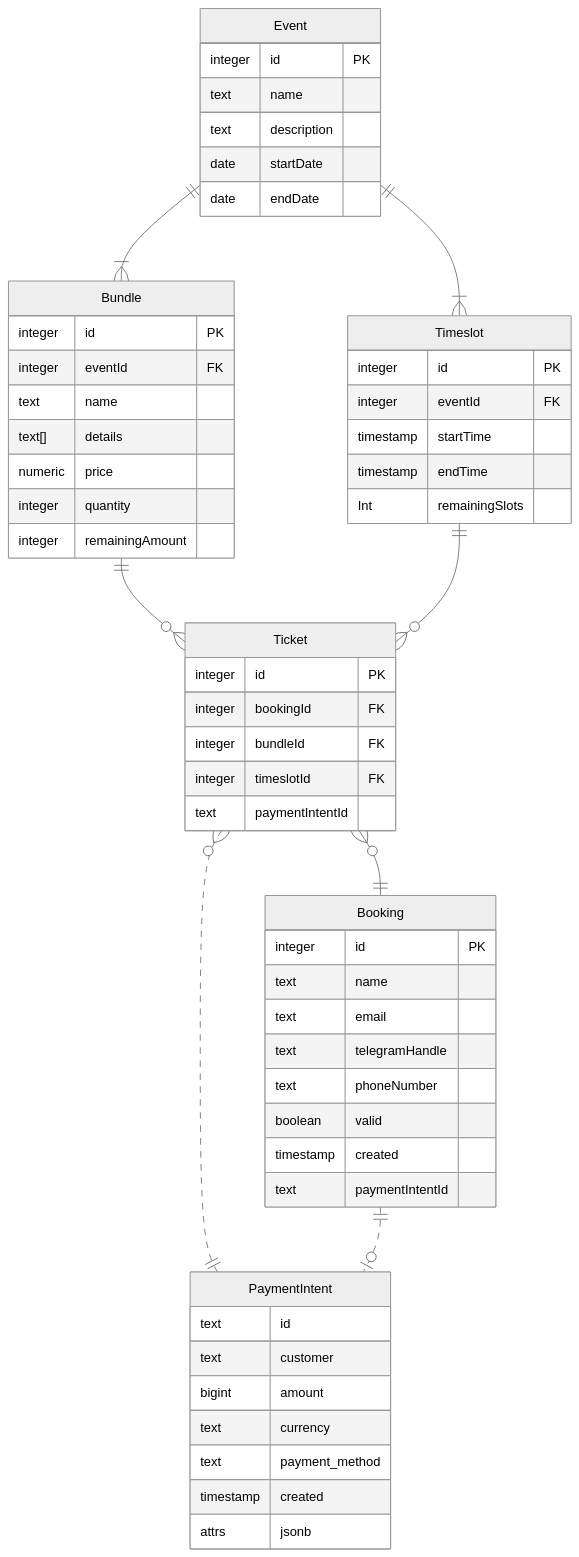
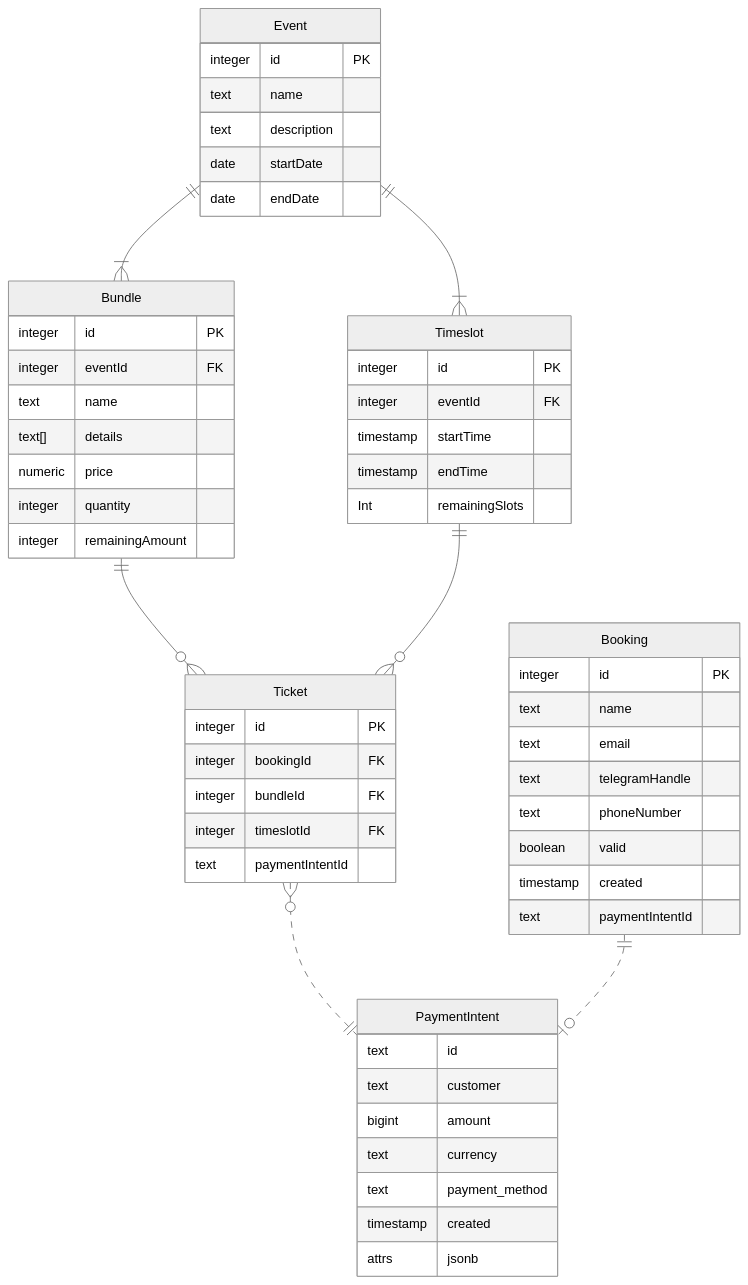
The second of 2 diagrams in docs/er-diagrams.md (GTD-IT-XXIV/gtd-xxvi-website), drawn with Mermaid (neutral theme) before and after one commit. The commit also changed other lines of this file and 1 other file, not shown here.

Commit message:
fix: fix booking schema
Sblmnya booking gbs di-delete karena ticket nge-reference booking

````diff
--- a/docs/er-diagrams.md
+++ b/docs/er-diagrams.md
@@ -57,60 +56,59 @@
 ```mermaid
 erDiagram
   Event {
     integer id PK
     text name
     text description
     date startDate
     date endDate
   }
   Bundle {
     integer id PK
     integer eventId FK
     text name
     text[] details
     numeric price
     integer quantity
     integer remainingAmount
   }
   Timeslot {
     integer id PK
     integer eventId FK
     timestamp startTime
     timestamp endTime
     Int remainingSlots
   }
   Ticket {
     integer id PK
     integer bookingId FK
     integer bundleId FK
     integer timeslotId FK
     text paymentIntentId
   }
   Booking {
     integer id PK
     text name
     text email
     text telegramHandle
     text phoneNumber
     boolean valid
     timestamp created
     text paymentIntentId
   }
   PaymentIntent {
     text id
     text customer
     bigint amount
     text currency
     text payment_method
     timestamp created
     attrs jsonb
   }
 
   Event ||--|{ Bundle : ""
   Event ||--|{ Timeslot : ""
   Bundle ||--o{ Ticket : ""
   Timeslot ||--o{ Ticket : ""
-  Ticket }o--|| Booking : ""
   Ticket }o..|| PaymentIntent: ""
   Booking ||..o| PaymentIntent: ""
 ```
````
